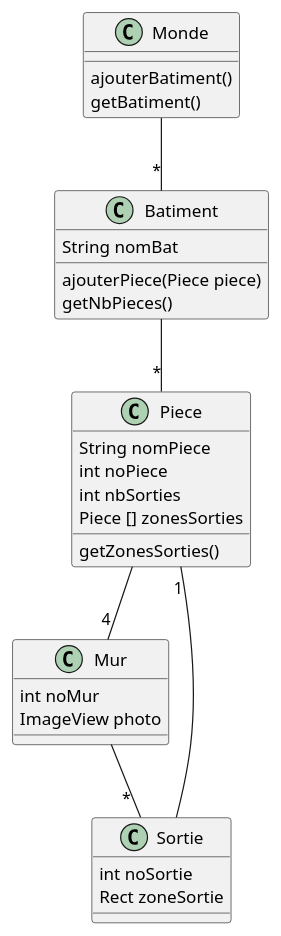
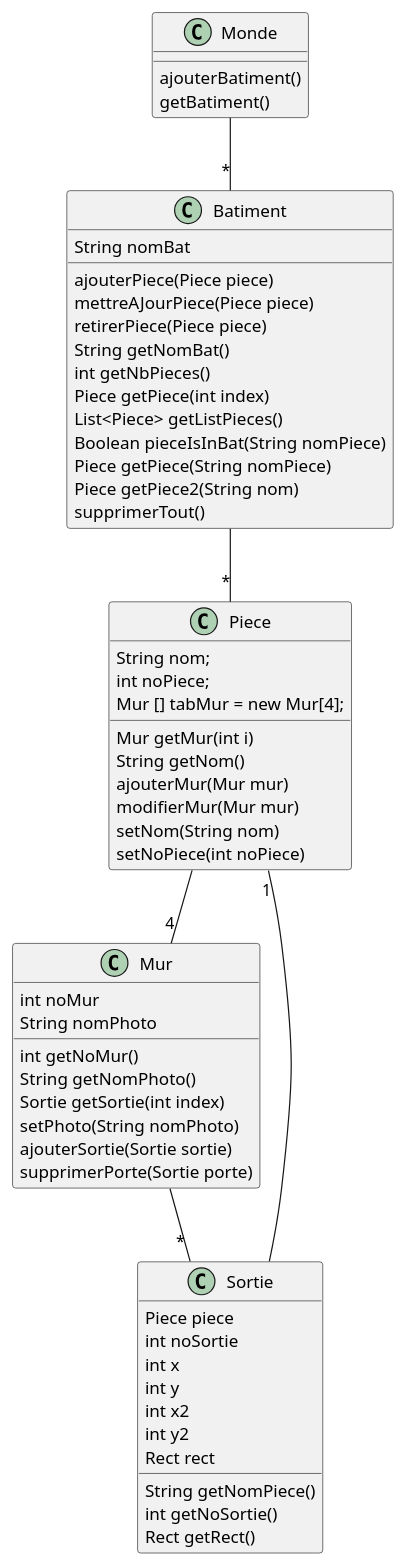
One commit to alexandreantunesmnds/HouseMap changed the diagram in app/src/UML/Construction.puml. Above: the diagram before and after it, drawn with PlantUML.

Commit message:
ajout du diagramme de classe du modèle mie à jour

```diff
--- a/app/src/UML/Construction.puml
+++ b/app/src/UML/Construction.puml
@@ -1,40 +1,67 @@
 @startuml
 'https://plantuml.com/class-diagram
 class Batiment{
 String nomBat
 ajouterPiece(Piece piece)
-getNbPieces()
+mettreAJourPiece(Piece piece)
+retirerPiece(Piece piece)
+String getNomBat()
+int getNbPieces()
+Piece getPiece(int index)
+List<Piece> getListPieces()
+Boolean pieceIsInBat(String nomPiece)
+Piece getPiece(String nomPiece)
+Piece getPiece2(String nom)
+supprimerTout()
 }
 class Monde{
 ajouterBatiment()
 getBatiment()
 }
 
 class Piece {
-String nomPiece
-int noPiece
-int nbSorties
-Piece [] zonesSorties
-getZonesSorties()
+String nom;
+int noPiece;
+Mur [] tabMur = new Mur[4];
+Mur getMur(int i)
+String getNom()
+ajouterMur(Mur mur)
+modifierMur(Mur mur)
+setNom(String nom)
+setNoPiece(int noPiece)
 }
 class Sortie{
+Piece piece
 int noSortie
-Rect zoneSortie
+int x
+int y
+int x2
+int y2
+Rect rect
+String getNomPiece()
+int getNoSortie()
+Rect getRect()
 }
 
 class Mur {
 int noMur
-ImageView photo
+String nomPhoto
+int getNoMur()
+String getNomPhoto()
+Sortie getSortie(int index)
+setPhoto(String nomPhoto)
+ajouterSortie(Sortie sortie)
+supprimerPorte(Sortie porte)
 }
 'class MainActivity{
 'Button Construction
 'Button Simulation
 'onCreate()
 '}
 Monde--"*"Batiment
 Batiment--"*"Piece
 Piece--"4"Mur
 Sortie -- "1" Piece
 Mur--"                  *"Sortie
 
 @enduml
```
